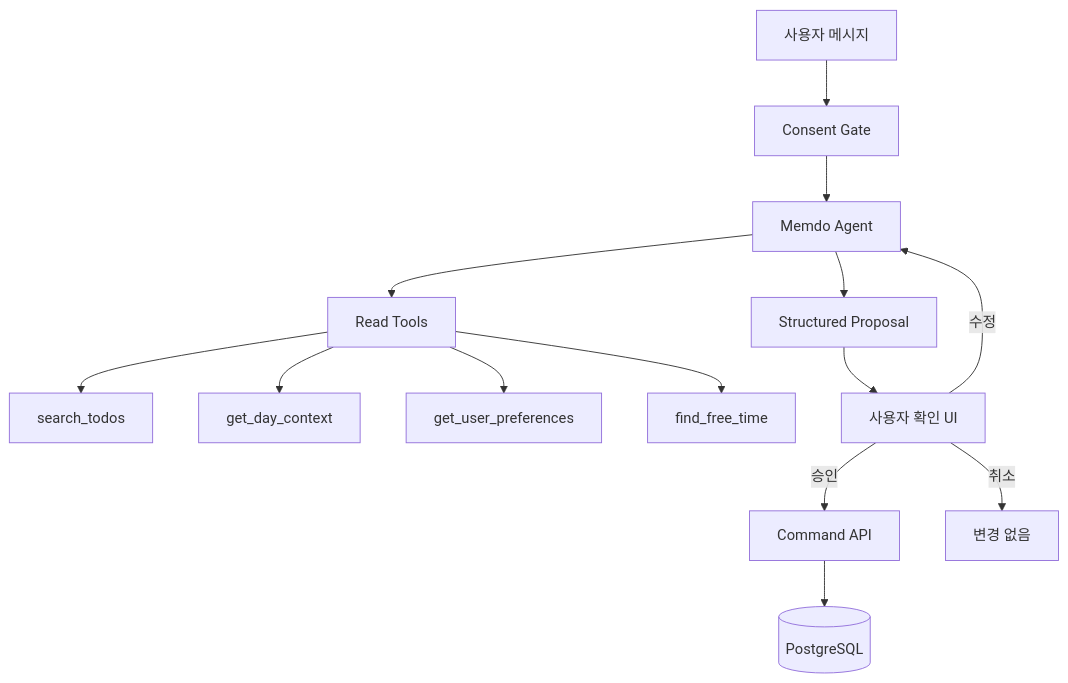
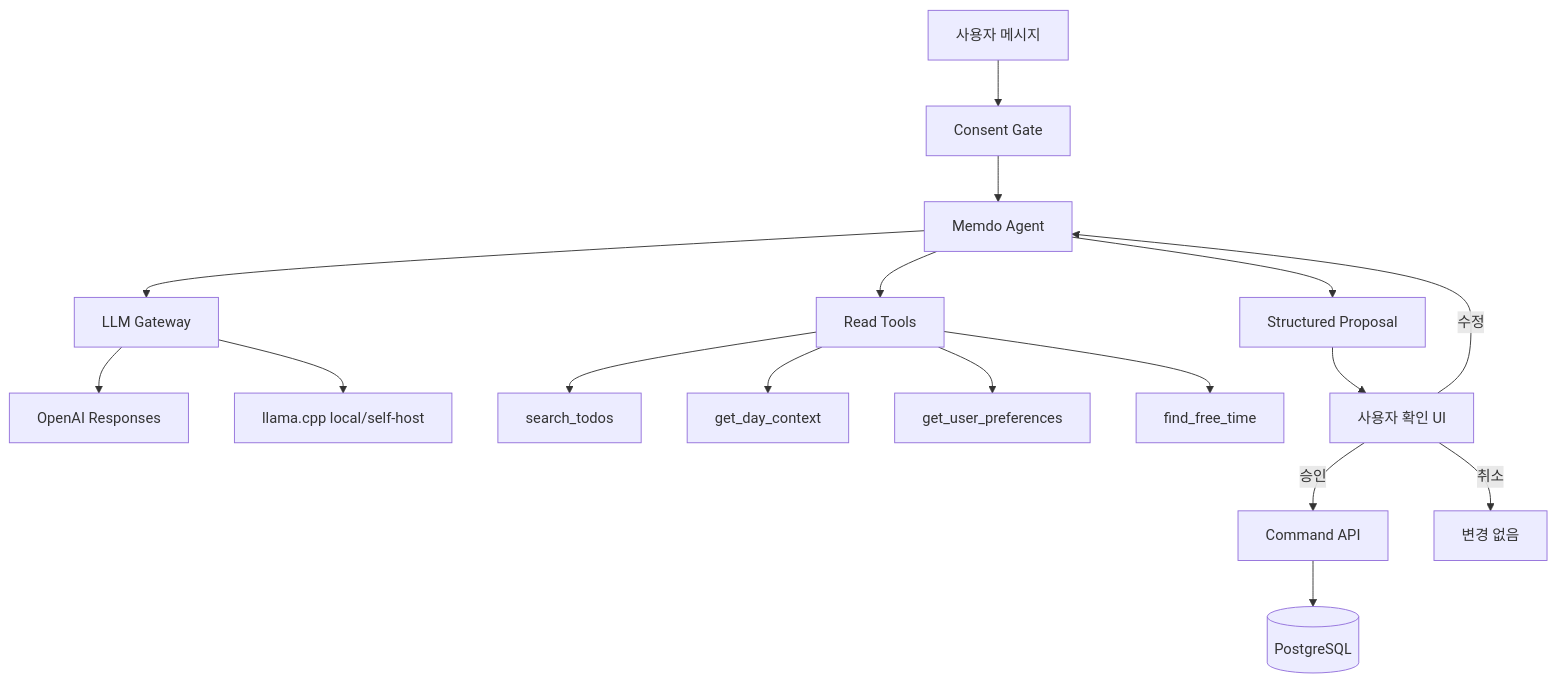
The diagram in docs/20-ai-agent-architecture.md (leebeanbin/memdo), drawn with Mermaid before and after one commit. The commit also changed other lines of this file and 21 other files, not shown here.

````diff
--- a/docs/20-ai-agent-architecture.md
+++ b/docs/20-ai-agent-architecture.md
@@ -26,16 +26,19 @@
 ```mermaid
 flowchart TD
     U["사용자 메시지"] --> C["Consent Gate"]
     C --> A["Memdo Agent"]
+    A --> LLM["LLM Gateway"]
+    LLM --> OPENAI["OpenAI Responses"]
+    LLM --> LOCAL["llama.cpp local/self-host"]
     A --> RT["Read Tools"]
     RT --> SEARCH["search_todos"]
     RT --> DAY["get_day_context"]
     RT --> PREF["get_user_preferences"]
     RT --> FREE["find_free_time"]
     A --> OUT["Structured Proposal"]
     OUT --> UI["사용자 확인 UI"]
     UI -->|승인| CMD["Command API"]
     CMD --> DB[("PostgreSQL")]
     UI -->|수정| A
     UI -->|취소| END["변경 없음"]
 ```
````
